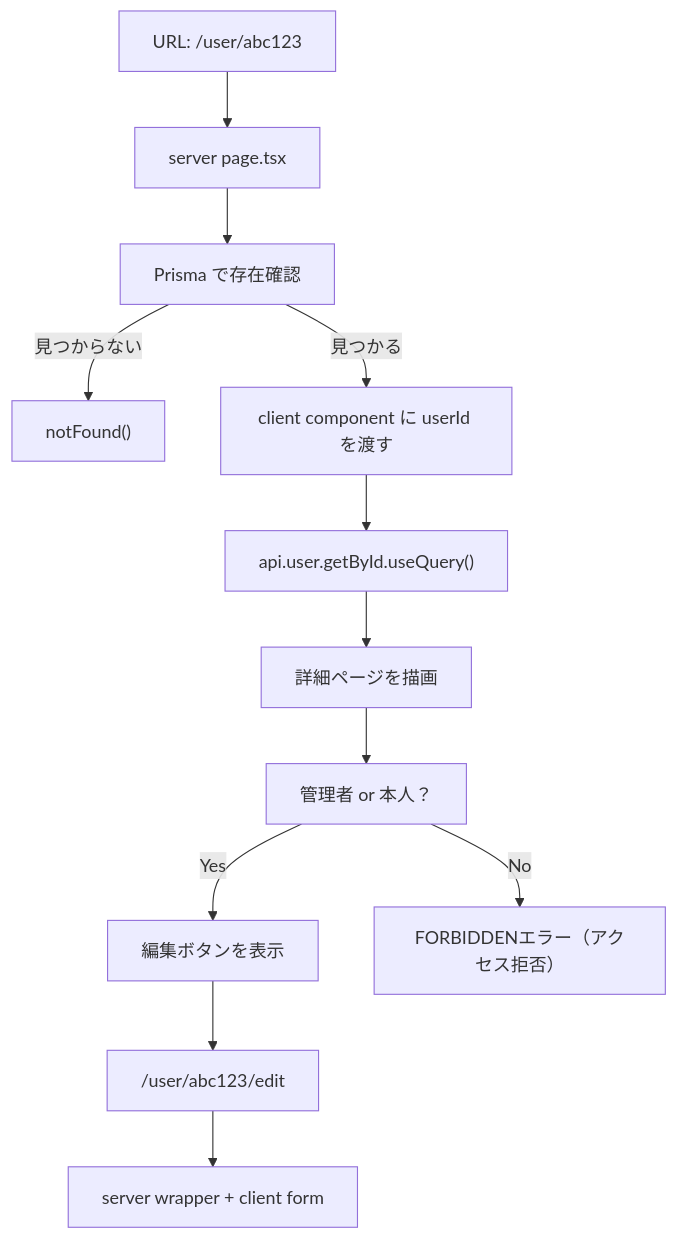
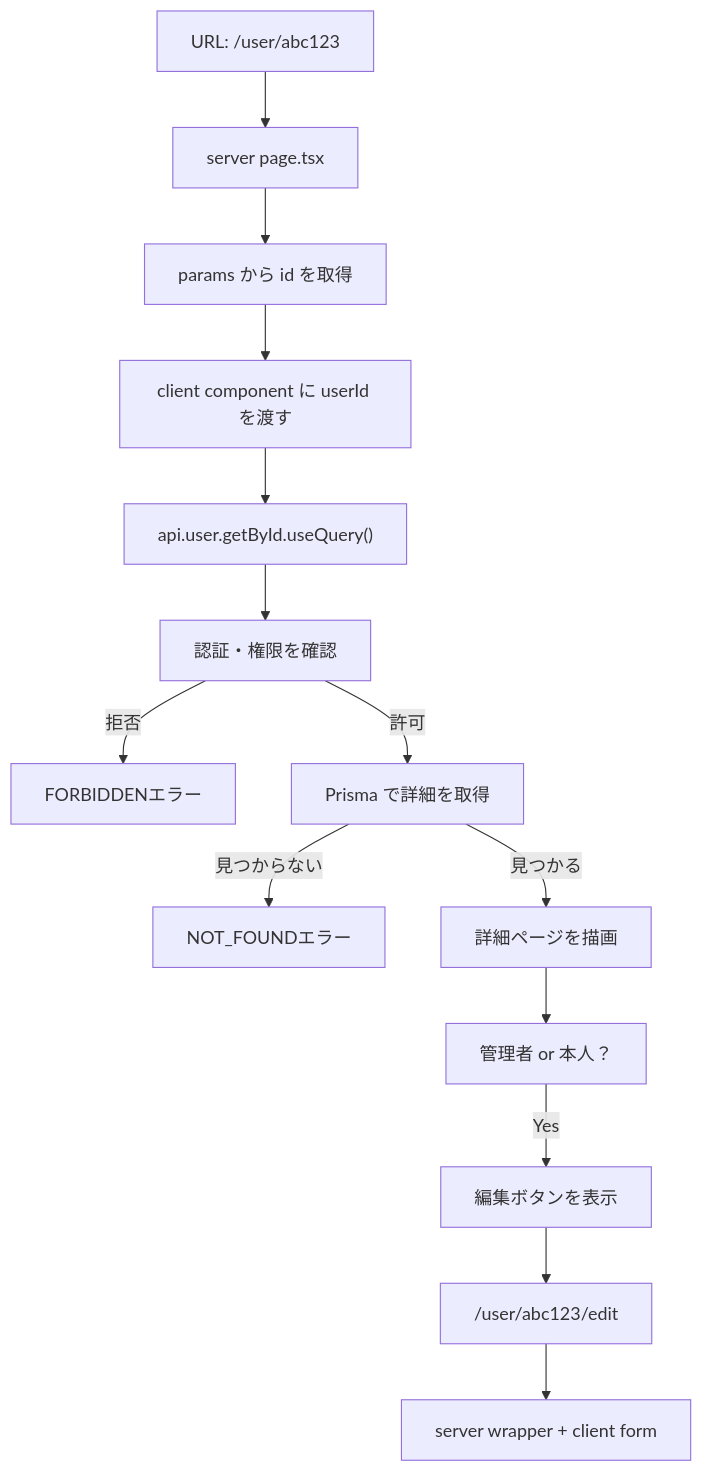
The first of 3 diagrams in material/30days-curriculum/day29_ユーザー詳細・編集ページを作ろう.md (kouiso/task-app), drawn with Mermaid before and after one commit. The commit also changed other lines of this file and 54 other files, not shown here.

````diff
--- a/material/30days-curriculum/day29_ユーザー詳細・編集ページを作ろう.md
+++ b/material/30days-curriculum/day29_ユーザー詳細・編集ページを作ろう.md
@@ -40,14 +40,16 @@
 ```mermaid
 flowchart TD
     A["URL: /user/abc123"] --> B["server page.tsx"]
-    B --> C["Prisma で存在確認"]
-    C -->|見つからない| D["notFound()"]
-    C -->|見つかる| E["client component に userId を渡す"]
-    E --> F["api.user.getById.useQuery()"]
-    F --> G["詳細ページを描画"]
-    G --> H["管理者 or 本人？"]
-    H -->|Yes| I["編集ボタンを表示"]
-    H -->|No| J["FORBIDDENエラー（アクセス拒否）"]
-    I --> K["/user/abc123/edit"]
-    K --> L["server wrapper + client form"]
+    B --> C["params から id を取得"]
+    C --> D["client component に userId を渡す"]
+    D --> E["api.user.getById.useQuery()"]
+    E --> F["認証・権限を確認"]
+    F -->|拒否| G["FORBIDDENエラー"]
+    F -->|許可| H["Prisma で詳細を取得"]
+    H -->|見つからない| I["NOT_FOUNDエラー"]
+    H -->|見つかる| J["詳細ページを描画"]
+    J --> K["管理者 or 本人？"]
+    K -->|Yes| L["編集ボタンを表示"]
+    L --> M["/user/abc123/edit"]
+    M --> N["server wrapper + client form"]
 ```
````
